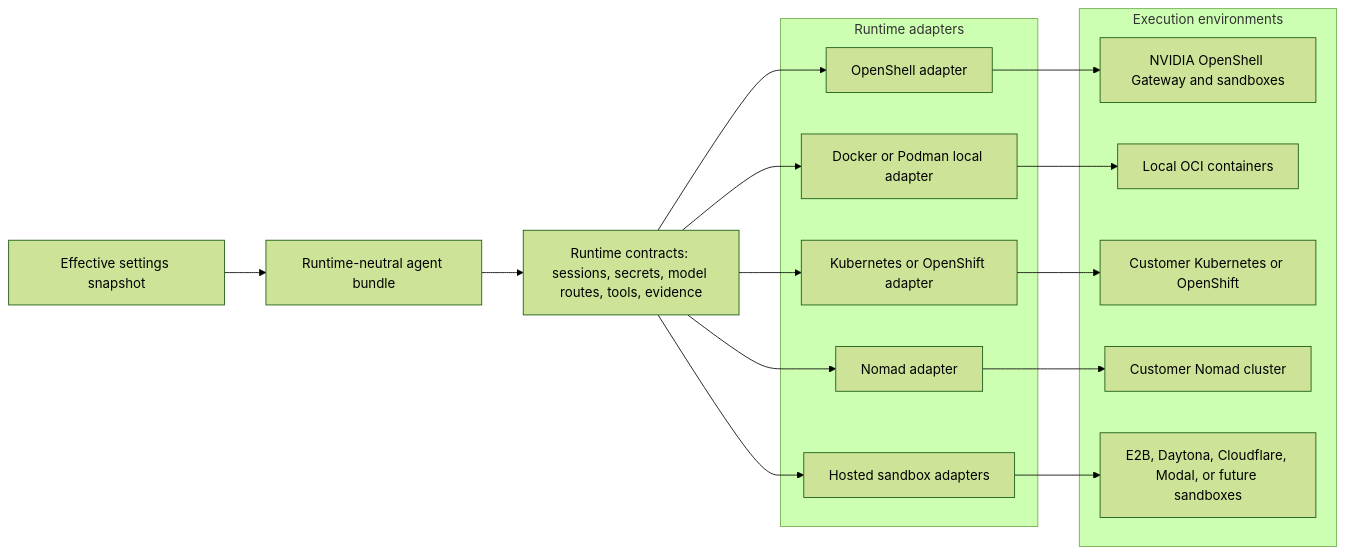
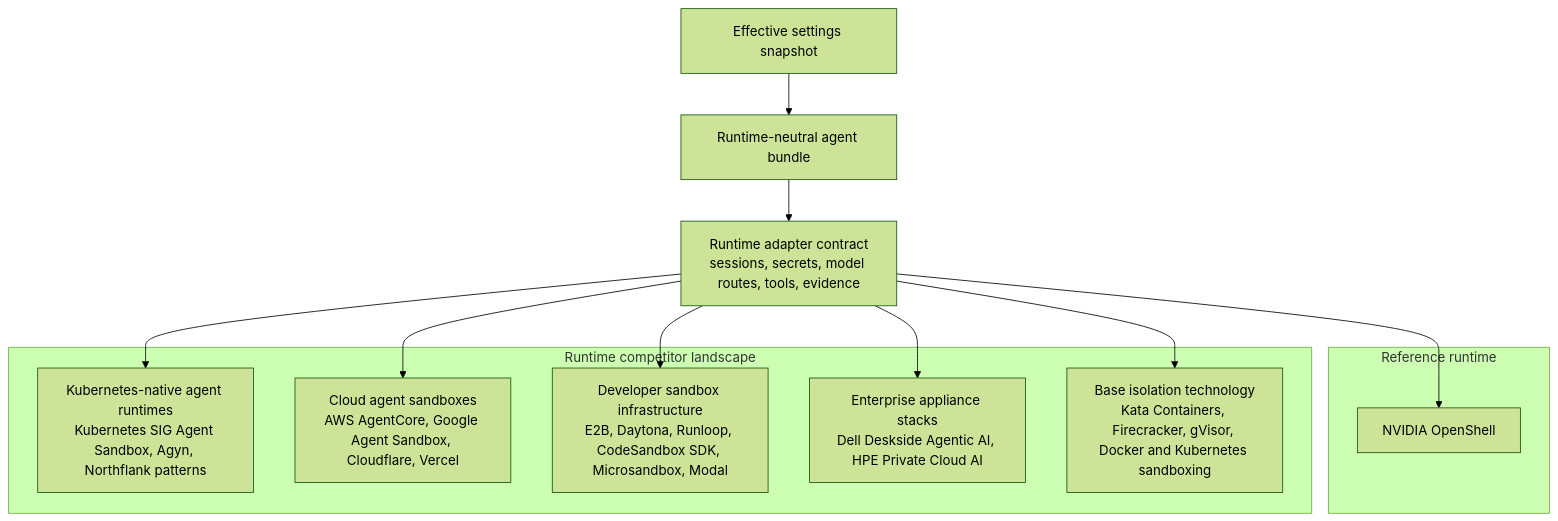
Before and after one commit to ColtMercer/the-agentic-network-platform: the third of 6 diagrams in README.md, drawn with Mermaid (forest theme). The commit also changed other lines of this file and 1 other file, not shown here.

Commit message:
Update runtime competitor landscape

````diff
--- a/README.md
+++ b/README.md
@@ -163,35 +165,27 @@
 ```mermaid
-flowchart LR
+flowchart TB
     snapshot["Effective settings snapshot"]
     bundle["Runtime-neutral agent bundle"]
-    contracts["Runtime contracts: sessions, secrets, model routes, tools, evidence"]
+    contract["Runtime adapter contract<br/>sessions, secrets, model routes, tools, evidence"]
 
-    subgraph adapters["Runtime adapters"]
-        openshell["OpenShell adapter"]
-        local["Docker or Podman local adapter"]
-        k8s["Kubernetes or OpenShift adapter"]
-        nomad["Nomad adapter"]
-        hosted["Hosted sandbox adapters"]
+    subgraph reference["Reference runtime"]
+        openshell["NVIDIA OpenShell"]
     end
 
-    subgraph runtimes["Execution environments"]
-        openshellrt["NVIDIA OpenShell Gateway and sandboxes"]
-        localrt["Local OCI containers"]
-        clusterrt["Customer Kubernetes or OpenShift"]
-        nomadrt["Customer Nomad cluster"]
-        hostedrt["E2B, Daytona, Cloudflare, Modal, or future sandboxes"]
+    subgraph competitorLandscape["Runtime competitor landscape"]
+        k8sNative["Kubernetes-native agent runtimes<br/>Kubernetes SIG Agent Sandbox, Agyn, Northflank patterns"]
+        cloudSandboxes["Cloud agent sandboxes<br/>AWS AgentCore, Google Agent Sandbox, Cloudflare, Vercel"]
+        devSandboxes["Developer sandbox infrastructure<br/>E2B, Daytona, Runloop, CodeSandbox SDK, Microsandbox, Modal"]
+        appliances["Enterprise appliance stacks<br/>Dell Deskside Agentic AI, HPE Private Cloud AI"]
+        substrates["Base isolation technology<br/>Kata Containers, Firecracker, gVisor, Docker and Kubernetes sandboxing"]
     end
 
     snapshot --> bundle
-    bundle --> contracts
-    contracts --> openshell
-    contracts --> local
-    contracts --> k8s
-    contracts --> nomad
-    contracts --> hosted
-    openshell --> openshellrt
-    local --> localrt
-    k8s --> clusterrt
-    nomad --> nomadrt
-    hosted --> hostedrt
+    bundle --> contract
+    contract --> openshell
+    contract --> k8sNative
+    contract --> cloudSandboxes
+    contract --> devSandboxes
+    contract --> appliances
+    contract --> substrates
 ```
````
